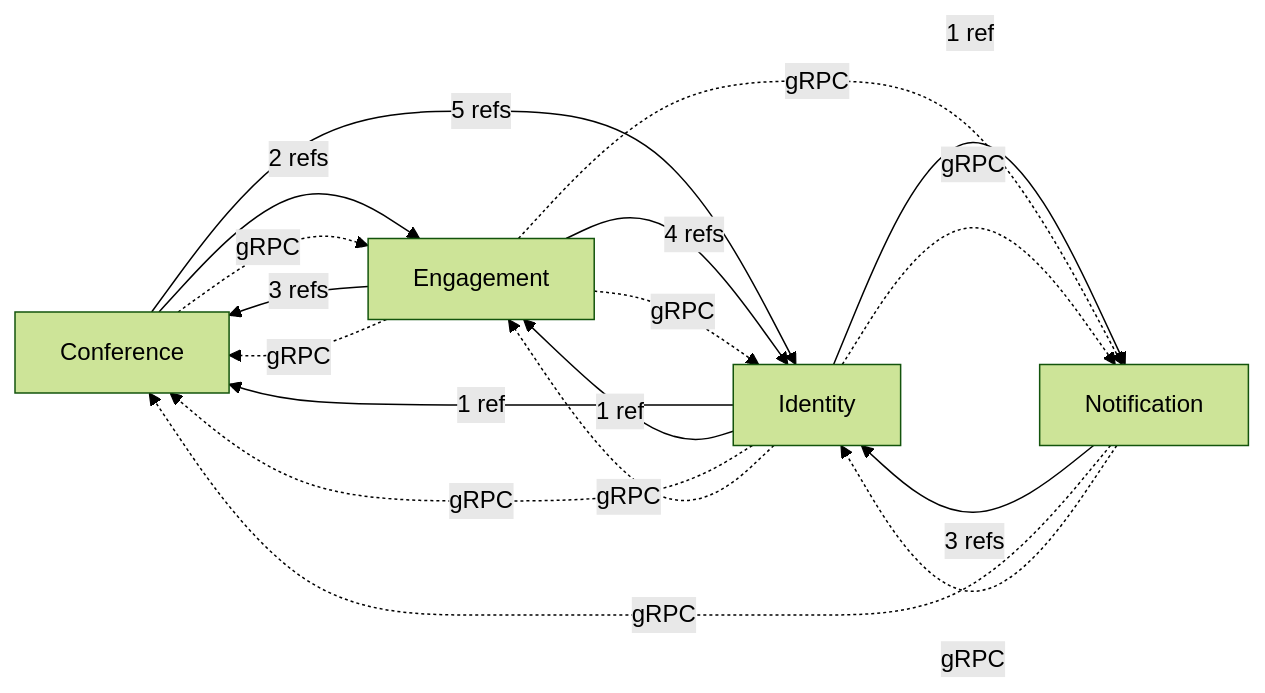
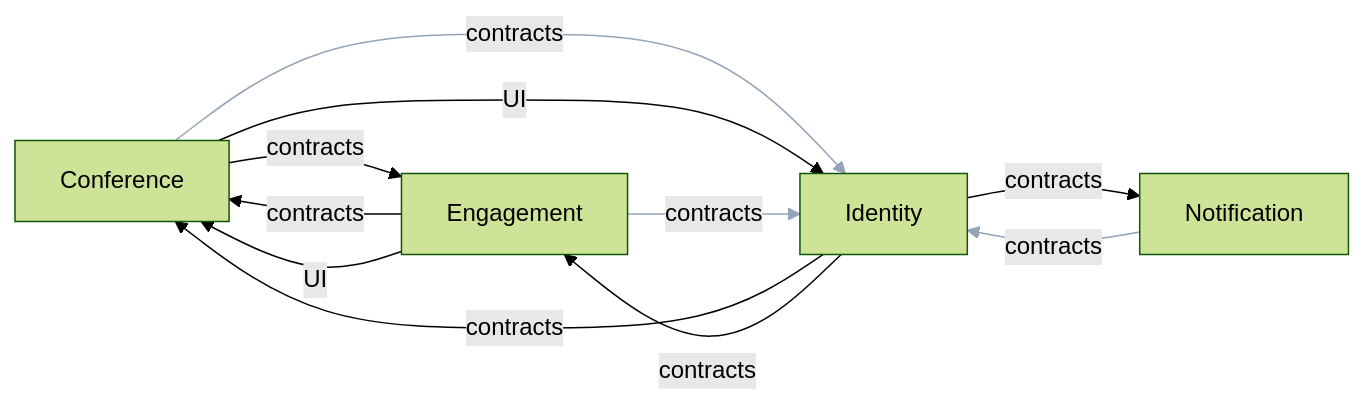
Before and after one commit to ivanball/ivanball.github.io: the first of 4 diagrams in docs-src/guides/common-MODULE-GRAPHS.md, drawn with Mermaid (forest theme). The commit also changed other lines of this file and 7 other files, not shown here.

First line of the commit message:
docs: readable module graphs, v1.290.0 fitness figures (#316)

````diff
--- a/docs-src/guides/common-MODULE-GRAPHS.md
+++ b/docs-src/guides/common-MODULE-GRAPHS.md
@@ -16,24 +17,18 @@
 ```mermaid
 flowchart LR
     Conference[Conference]
     Engagement[Engagement]
     Identity[Identity]
     Notification[Notification]
-    Conference -->|2 refs| Engagement
-    Conference -->|5 refs| Identity
-    Engagement -->|3 refs| Conference
-    Engagement -->|4 refs| Identity
-    Identity -->|1 ref| Conference
-    Identity -->|1 ref| Engagement
-    Identity -->|1 ref| Notification
-    Notification -->|3 refs| Identity
-    Conference -. gRPC .-> Engagement
-    Engagement -. gRPC .-> Conference
-    Engagement -. gRPC .-> Identity
-    Engagement -. gRPC .-> Notification
-    Identity -. gRPC .-> Conference
-    Identity -. gRPC .-> Engagement
-    Identity -. gRPC .-> Notification
-    Notification -. gRPC .-> Conference
-    Notification -. gRPC .-> Identity
+    Conference -->|contracts| Engagement
+    Conference -->|contracts| Identity
+    Conference -->|UI| Identity
+    Engagement -->|contracts| Conference
+    Engagement -->|UI| Conference
+    Engagement -->|contracts| Identity
+    Identity -->|contracts| Conference
+    Identity -->|contracts| Engagement
+    Identity -->|contracts| Notification
+    Notification -->|contracts| Identity
+    linkStyle 1,5,9 stroke:#94a3b8
 ```
````
